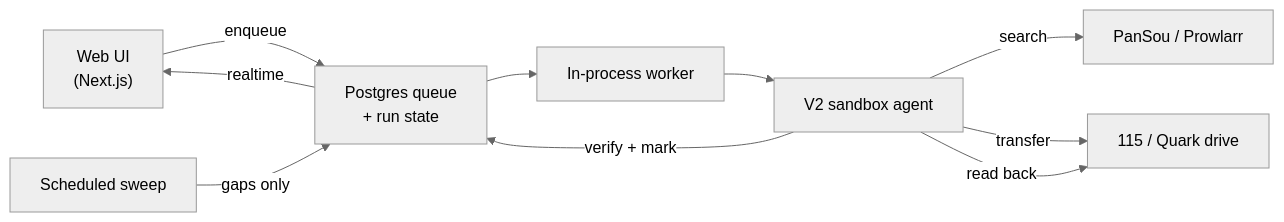
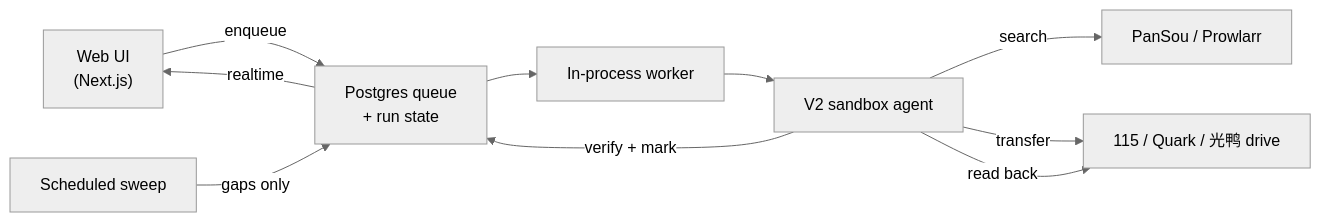
The diagram in README.md (fancydirty/mediary-scout), drawn with Mermaid (neutral theme) before and after one commit. The commit also changed other lines of this file and 3 other files, not shown here.

````diff
--- a/README.md
+++ b/README.md
@@ -77,12 +77,12 @@
 ```mermaid
 flowchart LR
     UI["Web UI<br/>(Next.js)"] -->|enqueue| Q["Postgres queue<br/>+ run state"]
     Q --> W["In-process worker"]
     W --> AG["V2 sandbox agent"]
     AG -->|search| SRC["PanSou / Prowlarr"]
-    AG -->|transfer| DR["115 / Quark drive"]
+    AG -->|transfer| DR["115 / Quark / 光鸭 drive"]
     AG -->|read back| DR
     AG -->|verify + mark| Q
     Q -->|realtime| UI
     CRON["Scheduled sweep"] -->|gaps only| Q
 ```
````
